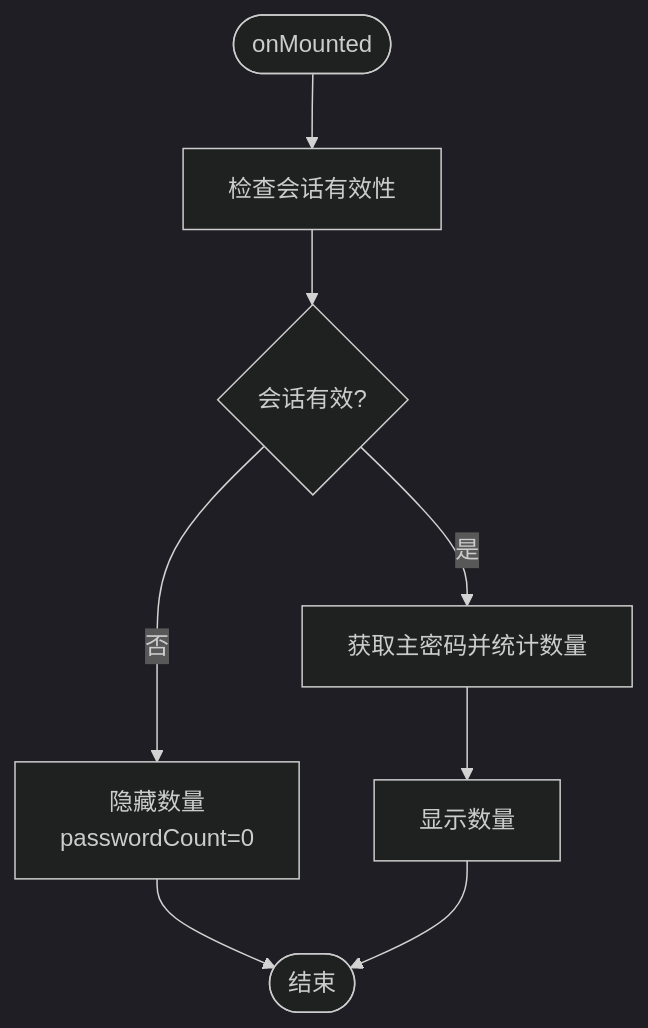
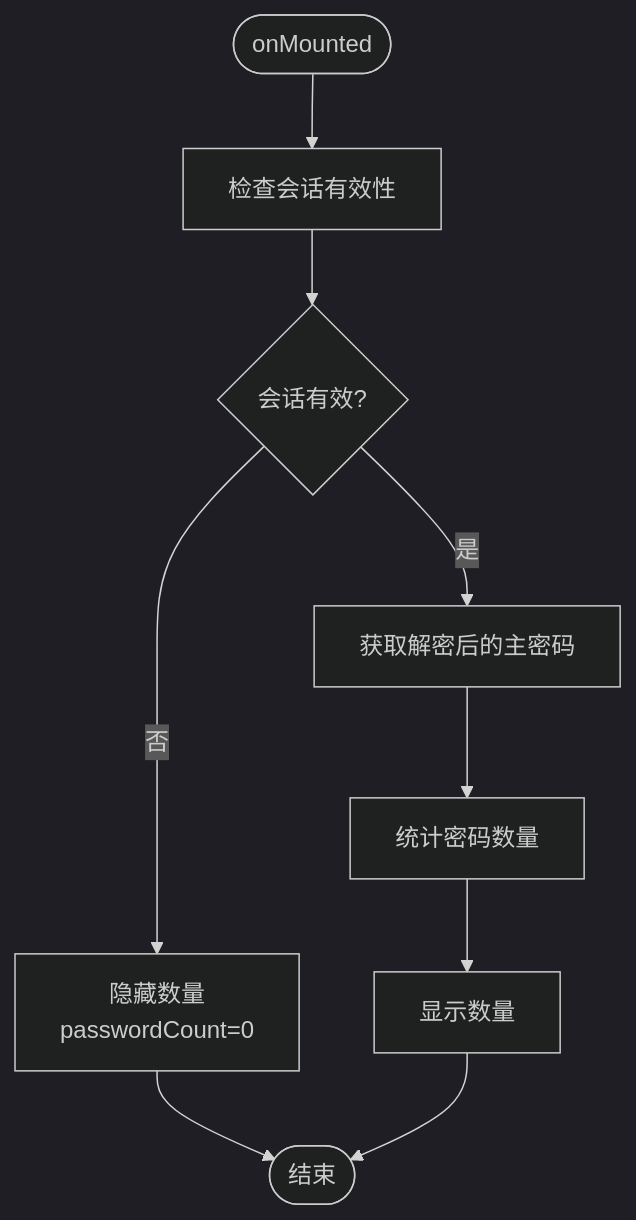
The third of 5 diagrams in .qoder/repowiki/zh/content/扩展入口点/Popup Interface.md (liaolongdong/account-password-helper), drawn with Mermaid (dark theme) before and after one commit. The commit also changed other lines of this file and 23 other files, not shown here.

````diff
--- a/.qoder/repowiki/zh/content/扩展入口点/Popup Interface.md
+++ b/.qoder/repowiki/zh/content/扩展入口点/Popup Interface.md
@@ -138,10 +162,11 @@
 ```mermaid
 flowchart TD
 Start(["onMounted"]) --> CheckSession["检查会话有效性"]
 CheckSession --> SessionValid{"会话有效?"}
 SessionValid --> |否| HideCount["隐藏数量<br/>passwordCount=0"]
-SessionValid --> |是| LoadPwd["获取主密码并统计数量"]
+SessionValid --> |是| GetDecryptedMaster["获取解密后的主密码"]
+GetDecryptedMaster --> LoadPwd["统计密码数量"]
 LoadPwd --> ShowCount["显示数量"]
 HideCount --> End(["结束"])
 ShowCount --> End
 ```
````
